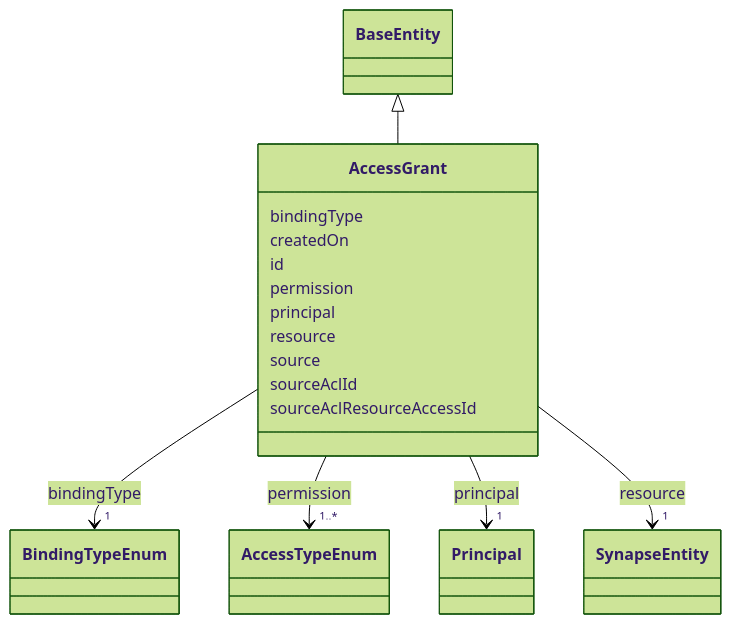
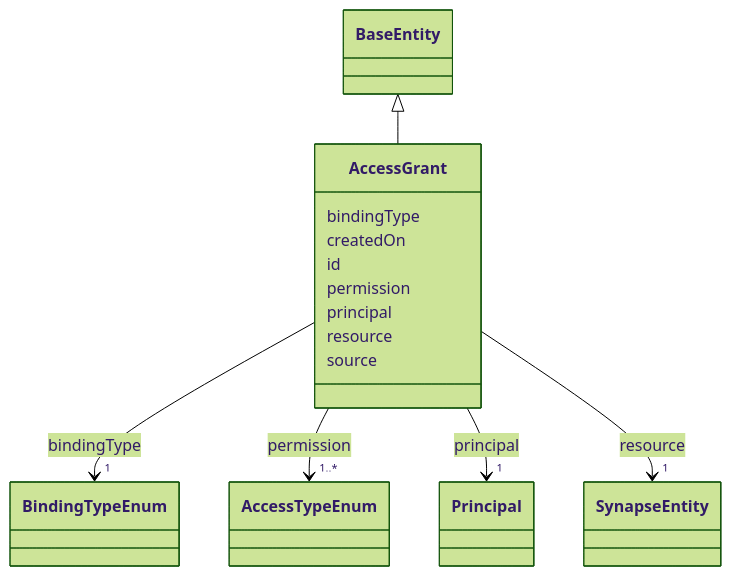
The diagram in docs/reference/classes/AccessGrant.md (mc2-center/governanceDUO), drawn with Mermaid (forest theme) before and after one commit. The commit also changed other lines of this file and 5 other files, not shown here.

First line of the commit message:
Update docs for the AccessGrant/tree_root changes

````diff
--- a/docs/reference/classes/AccessGrant.md
+++ b/docs/reference/classes/AccessGrant.md
@@ -23,63 +23,59 @@
 ```mermaid
  classDiagram
     class AccessGrant
     click AccessGrant href "../../classes/AccessGrant/"
       BaseEntity <|-- AccessGrant
         click BaseEntity href "../../classes/BaseEntity/"
       
       AccessGrant : bindingType
         
           
     
         
         
         AccessGrant --> "1" BindingTypeEnum : bindingType
         click BindingTypeEnum href "../../enums/BindingTypeEnum/"
     
 
         
       AccessGrant : createdOn
         
       AccessGrant : id
         
       AccessGrant : permission
         
           
     
         
         
         AccessGrant --> "1..*" AccessTypeEnum : permission
         click AccessTypeEnum href "../../enums/AccessTypeEnum/"
     
 
         
       AccessGrant : principal
         
           
     
         
         
         AccessGrant --> "1" Principal : principal
         click Principal href "../../classes/Principal/"
     
 
         
       AccessGrant : resource
         
           
     
         
         
         AccessGrant --> "1" SynapseEntity : resource
         click SynapseEntity href "../../classes/SynapseEntity/"
     
 
         
       AccessGrant : source
         
-      AccessGrant : sourceAclId
-        
-      AccessGrant : sourceAclResourceAccessId
-        
       
 ```
````
